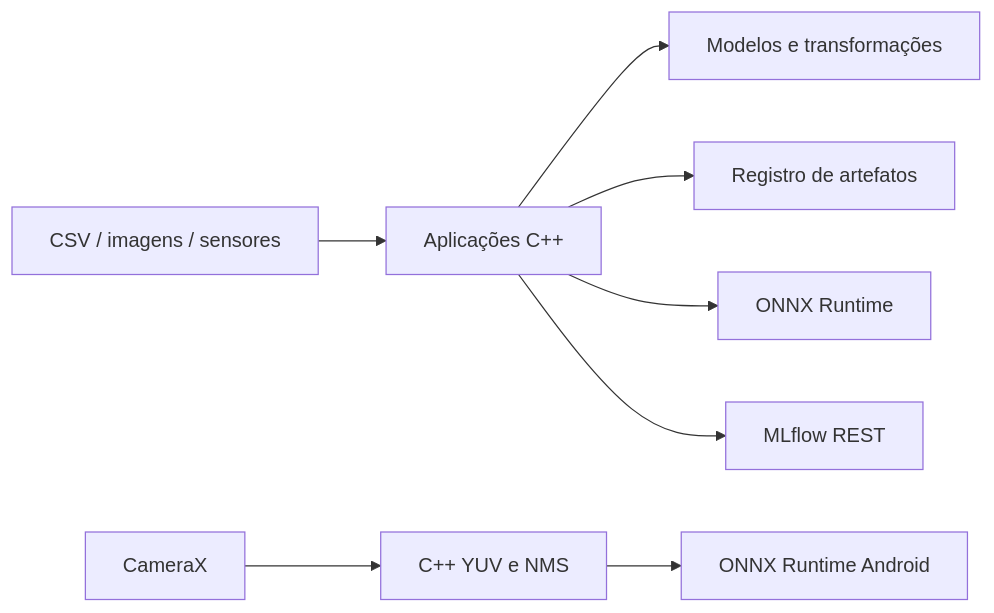
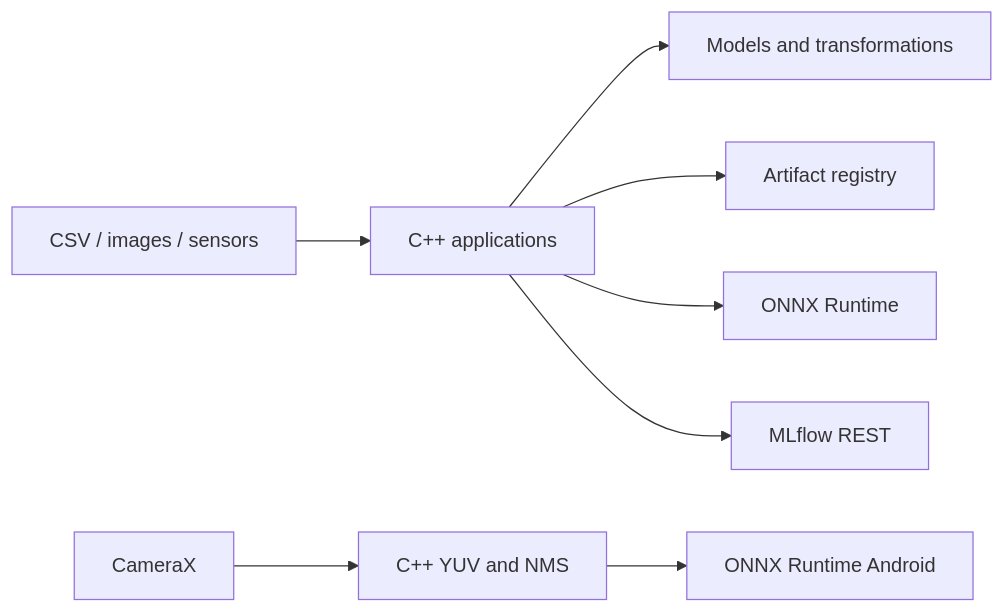
Before and after one commit to izaakdias/cpp-ml-portfolio: the diagram in docs/architecture.md, drawn with Mermaid. The commit also changed other lines of this file and 8 other files, not shown here.

````diff
--- a/docs/architecture.md
+++ b/docs/architecture.md
@@ -7,10 +7,10 @@
 ```mermaid
 flowchart LR
-  Data[CSV / imagens / sensores] --> App[Aplicações C++]
-  App --> Core[Modelos e transformações]
-  App --> Registry[Registro de artefatos]
+  Data[CSV / images / sensors] --> App[C++ applications]
+  App --> Core[Models and transformations]
+  App --> Registry[Artifact registry]
   App --> Runtime[ONNX Runtime]
   App --> Tracking[MLflow REST]
-  Camera[CameraX] --> JNI[C++ YUV e NMS]
+  Camera[CameraX] --> JNI[C++ YUV and NMS]
   JNI --> Mobile[ONNX Runtime Android]
 ```
````
